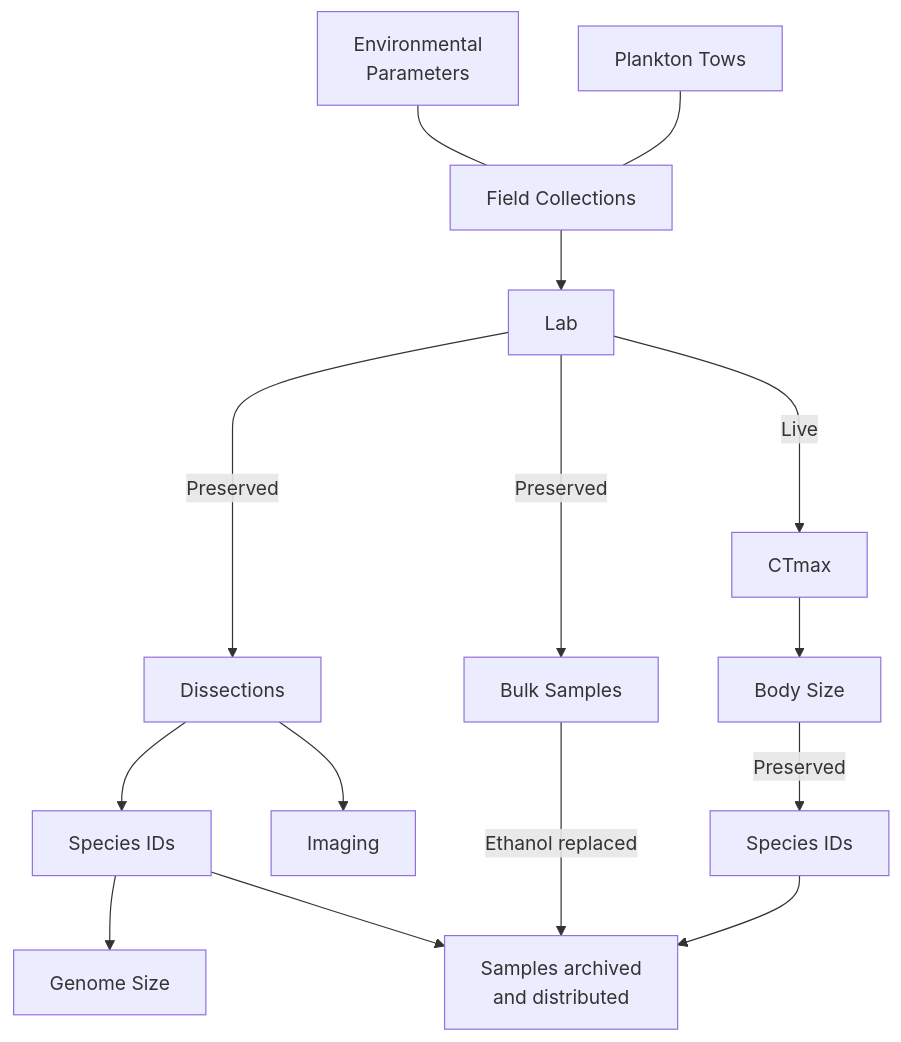
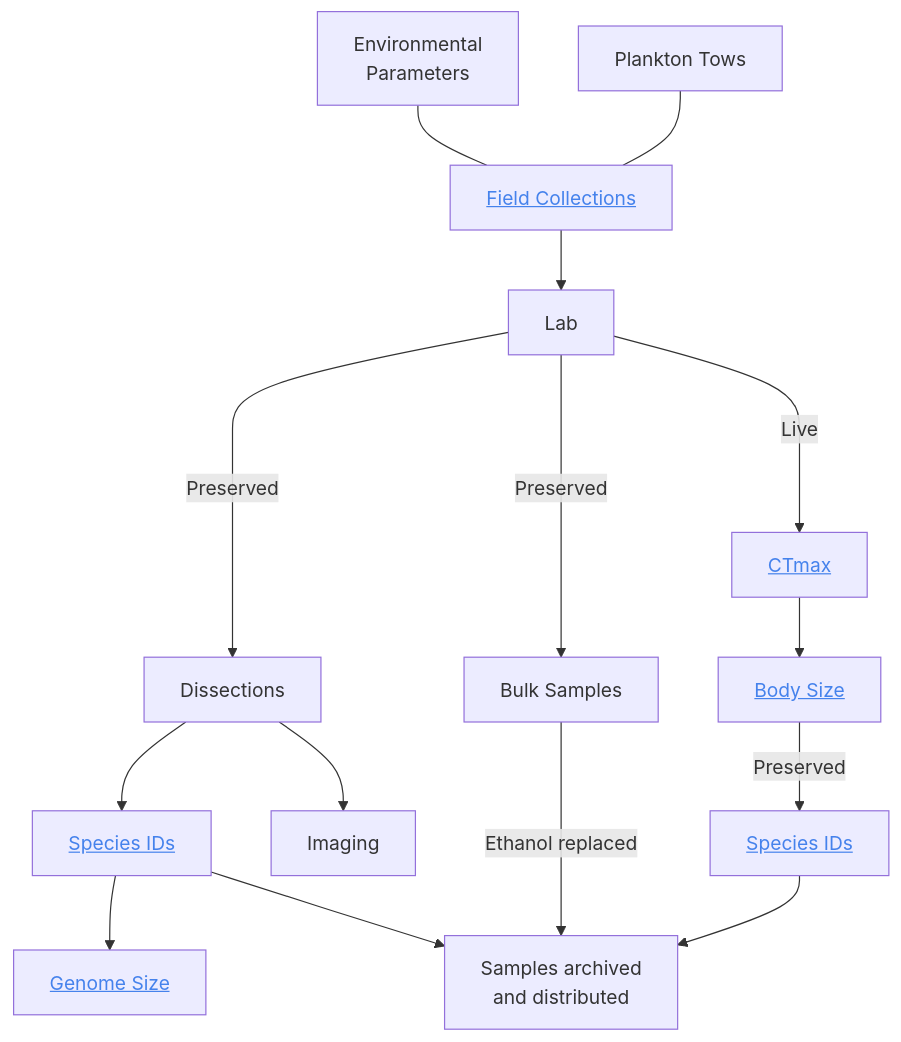
One commit to ZoopEcoEvo/copepod_ctmax_collab changed the diagram in protocols.qmd. Above: the diagram before and after it, drawn with Mermaid. The commit also changed other lines of this file and 12 other files, not shown here.

````diff
--- a/protocols.qmd
+++ b/protocols.qmd
@@ -9,33 +9,39 @@
 ```{mermaid}
 %%| width: 100%
 %%| theme: neutral
 
 flowchart TB
   A[Environmental \nParameters] --- C[Field Collections]
-  B[Plankton Tows] --- C[Field Collections]
+  B[Plankton Tows] --- C[<u>Field Collections</u>]
+      style C color:#4582EC;
   
   C --> D[Lab]
   
   D --> |Preserved| E[Dissections]
-  E --> F[Species IDs]
+  E --> F[<u>Species IDs</u>]
+       style F color:#4582EC;
   E --> G[Imaging]
-  F --> H[Genome Size]
+  F --> H[<u>Genome Size</u>]
+       style H color:#4582EC;
   F --> I[Samples archived \nand distributed]
   
   D --> |Preserved| J[Bulk Samples]
   J -- Ethanol replaced ---> I
   
-  D -- Live ---> K[CTmax]
-  K --> L[Body Size]
-  L --> |Preserved| M[Species IDs]
+  D -- Live ---> K[<u>CTmax</u>]
+       style K color:#4582EC;
+  K --> L[<u>Body Size</u>]
+       style L color:#4582EC;
+  L --> |Preserved| M[<u>Species IDs</u>]
+       style M color:#4582EC;
   M --> I
 
 click C "https://zoopecoevo.github.io/copepod_ctmax_collab/protocols/collection_protocol.html"
 click F "https://zoopecoevo.github.io/copepod_ctmax_collab/copepod_guide.html"
 click M "https://zoopecoevo.github.io/copepod_ctmax_collab/copepod_guide.html"
 click H "https://zoopecoevo.github.io/copepod_ctmax_collab/protocols/genome_size_protocol.html"
 click K "https://zoopecoevo.github.io/copepod_ctmax_collab/protocols/ctmax_protocol.html"
 click L "https://zoopecoevo.github.io/copepod_ctmax_collab/protocols/body_size_protocol.html"
 
 
 ```
````
